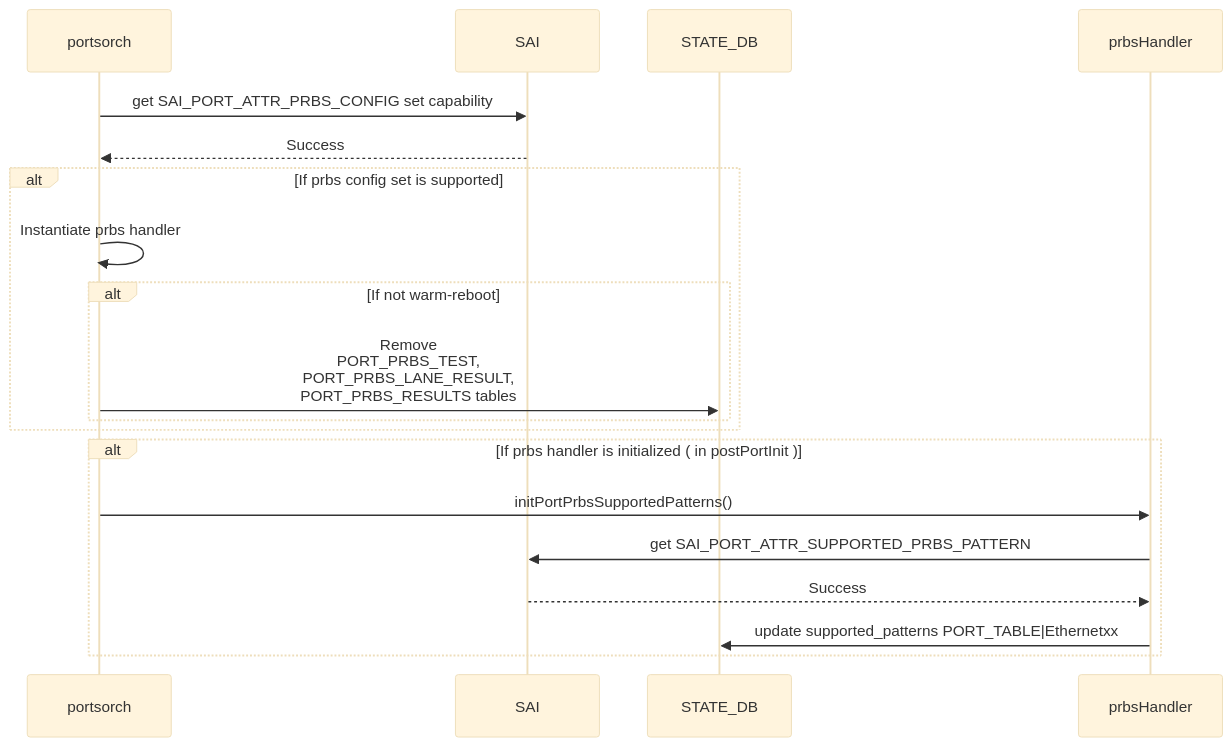
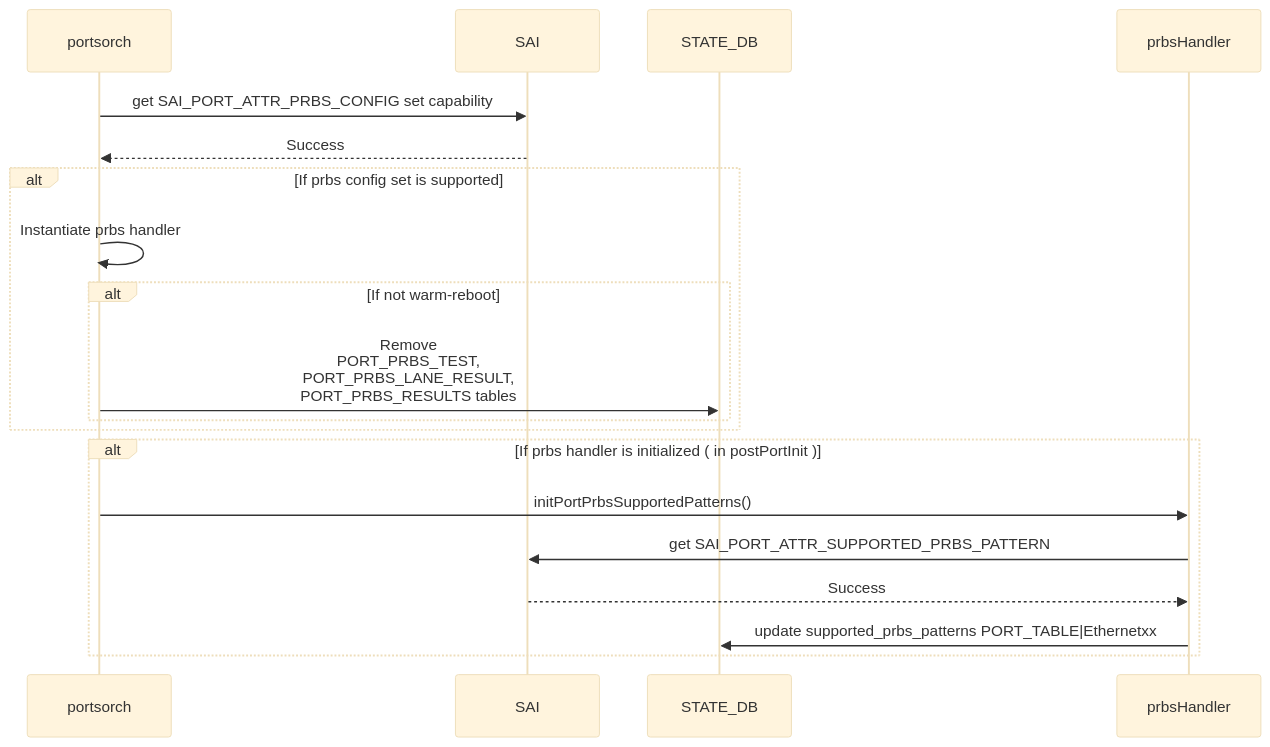
One commit to sonic-net/SONiC changed the first of 5 diagrams in doc/prbs/PRBS_Per_Lane_HLD.md. Above: the diagram before and after it, drawn with Mermaid (base theme). The commit also changed other lines of this file and 1 other file, not shown here.

First line of the commit message:
Update PRBS HLD to use diag CLI

````diff
--- a/doc/prbs/PRBS_Per_Lane_HLD.md
+++ b/doc/prbs/PRBS_Per_Lane_HLD.md
@@ -379,23 +370,23 @@
 ```mermaid
 sequenceDiagram
     participant portsorch
     participant SAI
     participant STATE_DB
     participant prbsHandler
 
     portsorch->>SAI: get SAI_PORT_ATTR_PRBS_CONFIG set capability
     SAI-->>portsorch: Success
     alt If prbs config set is supported
         portsorch->>portsorch:Instantiate prbs handler
         alt If not warm-reboot
             portsorch->>STATE_DB: Remove <br/> PORT_PRBS_TEST,<br/>PORT_PRBS_LANE_RESULT,<br/>PORT_PRBS_RESULTS tables
         end
     end
 
     alt If prbs handler is initialized ( in postPortInit )
         portsorch->>prbsHandler: initPortPrbsSupportedPatterns()
         prbsHandler->>SAI: get SAI_PORT_ATTR_SUPPORTED_PRBS_PATTERN
         SAI-->>prbsHandler: Success
-        prbsHandler->>STATE_DB: update supported_patterns PORT_TABLE|Ethernetxx
+        prbsHandler->>STATE_DB: update supported_prbs_patterns PORT_TABLE|Ethernetxx
     end
 ```
````
